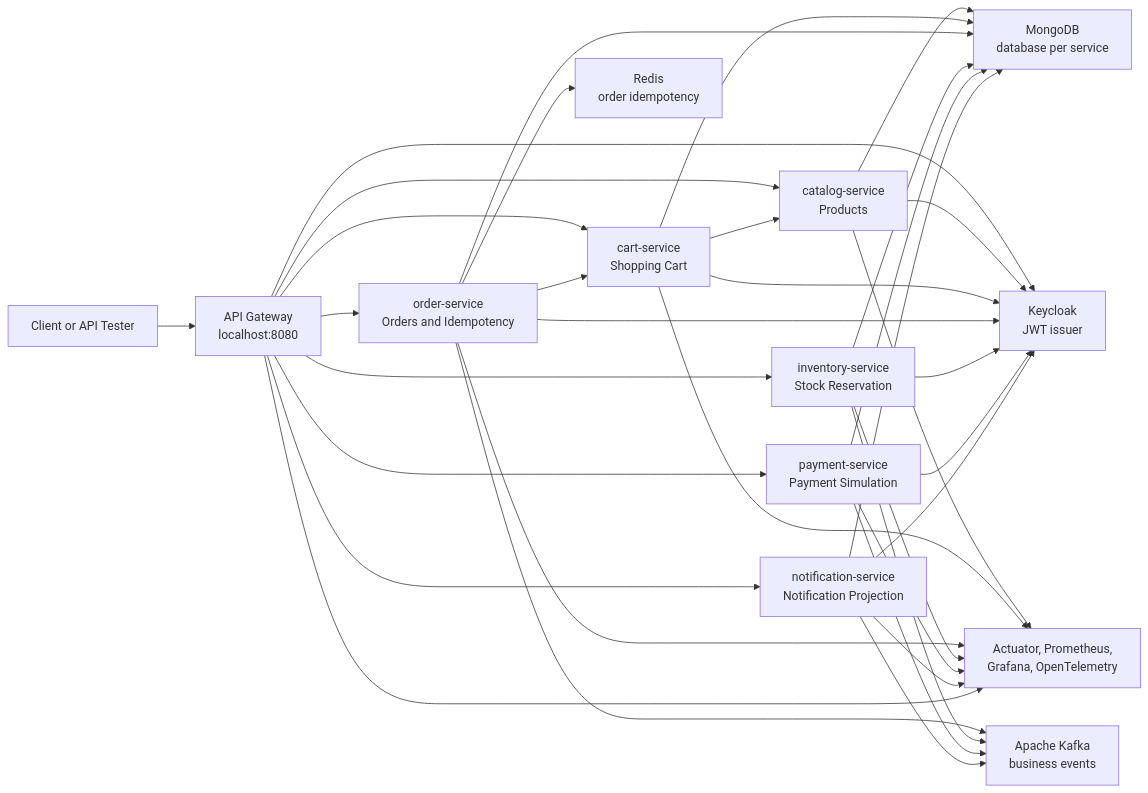
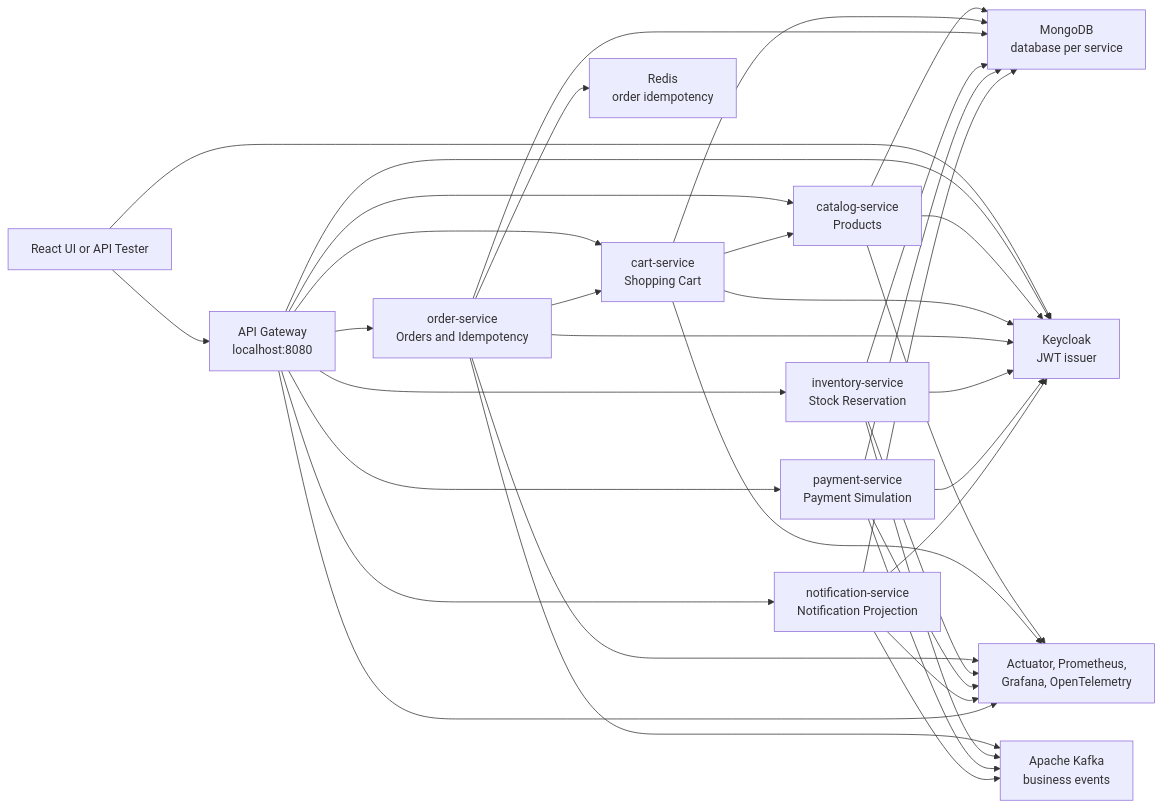
One commit to amttmr/EventCart changed the diagram in docs/architecture/system-overview.md. Above: the diagram before and after it, drawn with Mermaid. The commit also changed other lines of this file and 51 other files, not shown here.

````diff
--- a/docs/architecture/system-overview.md
+++ b/docs/architecture/system-overview.md
@@ -19,59 +19,60 @@
 ```mermaid
 flowchart LR
-    Client["Client or API Tester"]
+    Client["React UI or API Tester"]
     Gateway["API Gateway<br/>localhost:8080"]
 
     Catalog["catalog-service<br/>Products"]
     Cart["cart-service<br/>Shopping Cart"]
     Order["order-service<br/>Orders and Idempotency"]
     Inventory["inventory-service<br/>Stock Reservation"]
     Payment["payment-service<br/>Payment Simulation"]
     Notification["notification-service<br/>Notification Projection"]
 
     Mongo["MongoDB<br/>database per service"]
     Kafka["Apache Kafka<br/>business events"]
     Redis["Redis<br/>order idempotency"]
     Keycloak["Keycloak<br/>JWT issuer"]
     Observability["Actuator, Prometheus,<br/>Grafana, OpenTelemetry"]
 
     Client --> Gateway
+    Client --> Keycloak
     Gateway --> Catalog
     Gateway --> Cart
     Gateway --> Order
     Gateway --> Inventory
     Gateway --> Payment
     Gateway --> Notification
 
     Cart --> Catalog
     Order --> Cart
 
     Catalog --> Mongo
     Cart --> Mongo
     Order --> Mongo
     Inventory --> Mongo
     Payment --> Mongo
     Notification --> Mongo
 
     Order --> Redis
 
     Order --> Kafka
     Inventory --> Kafka
     Payment --> Kafka
     Notification --> Kafka
 
     Gateway --> Keycloak
     Catalog --> Keycloak
     Cart --> Keycloak
     Order --> Keycloak
     Inventory --> Keycloak
     Payment --> Keycloak
     Notification --> Keycloak
 
     Catalog --> Observability
     Cart --> Observability
     Order --> Observability
     Inventory --> Observability
     Payment --> Observability
     Notification --> Observability
     Gateway --> Observability
 ```
````
